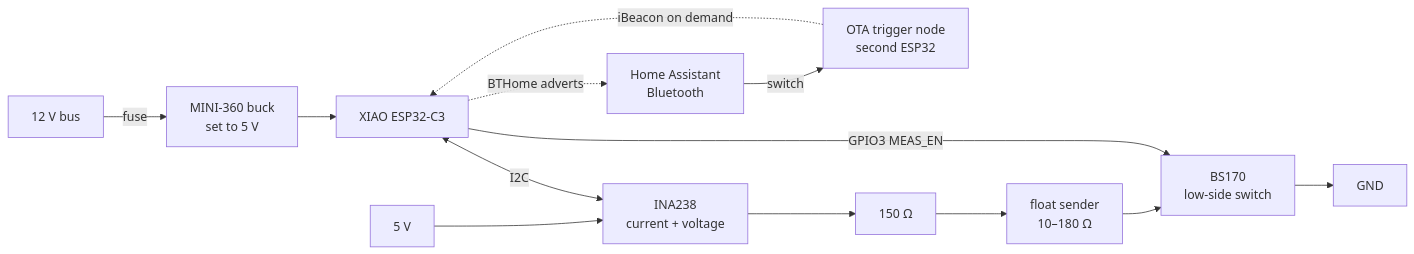
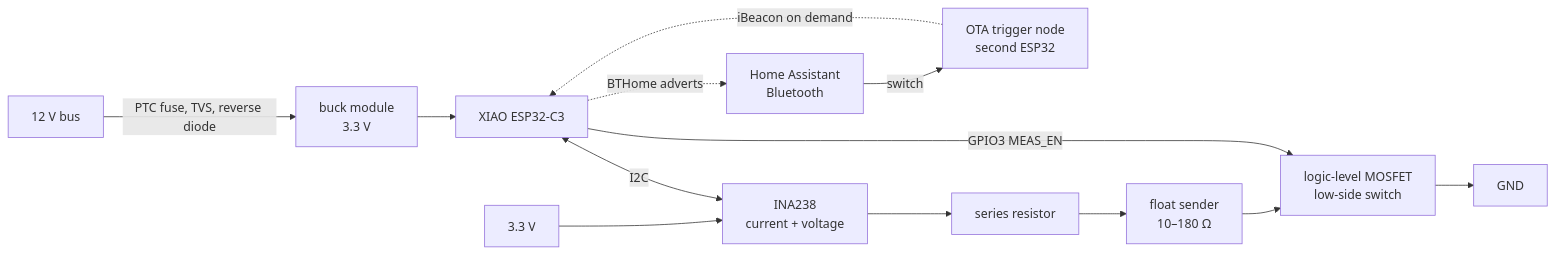
One commit to eburi/wireless-tank-sensor changed the diagram in README.md. Above: the diagram before and after it, drawn with Mermaid. The commit also changed other lines of this file and 43 other files, not shown here.

````diff
--- a/README.md
+++ b/README.md
@@ -83,11 +83,11 @@
 ```mermaid
 flowchart LR
-    BUS[12 V bus] -->|fuse| BUCK[MINI-360 buck<br/>set to 5 V]
+    BUS[12 V bus] -->|PTC fuse, TVS, reverse diode| BUCK[buck module<br/>3.3 V]
     BUCK --> XIAO[XIAO ESP32-C3]
     XIAO <-->|I2C| INA[INA238<br/>current + voltage]
-    FIVE[5 V] --> INA --> R2[150 Ω] --> SENDER[float sender<br/>10–180 Ω] --> FET[BS170<br/>low-side switch] --> GND
+    RAIL[3.3 V] --> INA --> R2[series resistor] --> SENDER[float sender<br/>10–180 Ω] --> FET[logic-level MOSFET<br/>low-side switch] --> GND
     XIAO -->|GPIO3 MEAS_EN| FET
     XIAO -.->|BTHome adverts| HA[Home Assistant<br/>Bluetooth]
     BEACON[OTA trigger node<br/>second ESP32] -.->|iBeacon on demand| XIAO
     HA -->|switch| BEACON
 ```
````
